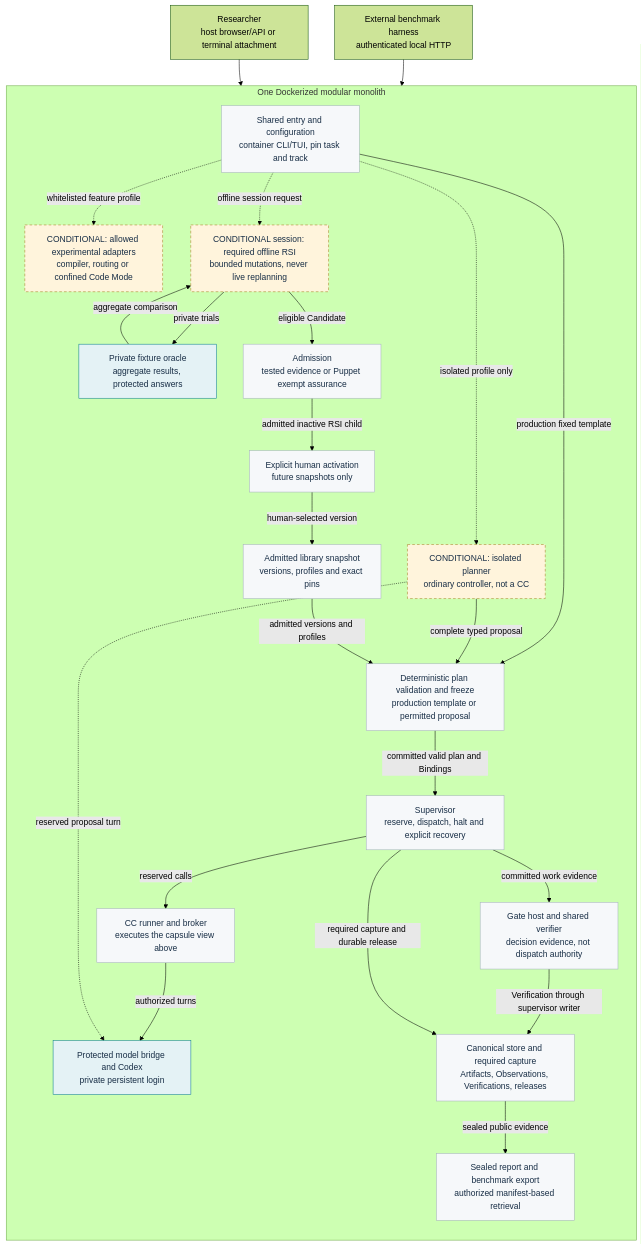
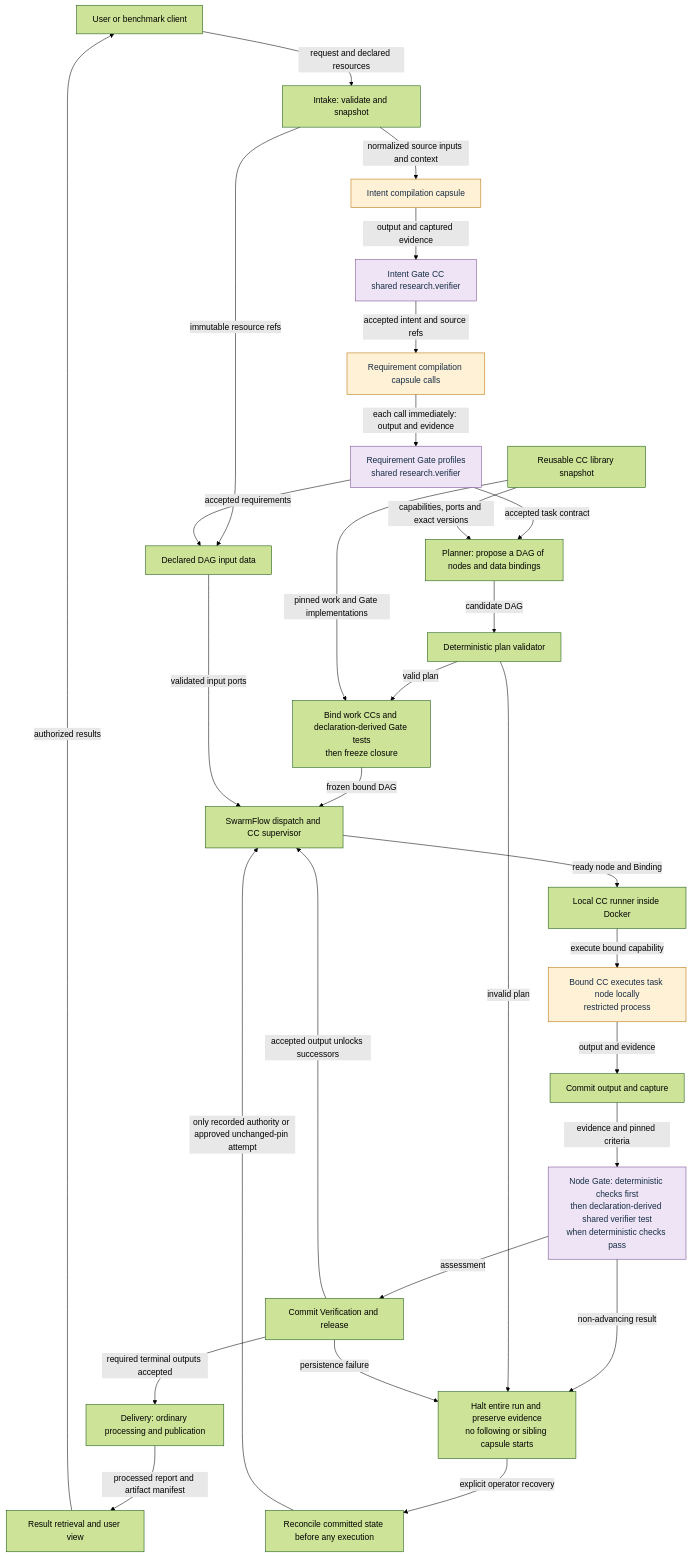
Before and after one commit to Stellven/jiuwenswarm: the first of 2 diagrams in docs/architecture/system/overall-draft.md, drawn with Mermaid (forest theme). The commit also changed other lines of this file and 38 other files, not shown here.

Commit message:
Reconcile M1 information flow and Markdown around fixed preparation and planned DAG

````diff
--- a/docs/architecture/system/overall-draft.md
+++ b/docs/architecture/system/overall-draft.md
@@ -80,50 +20,35 @@
 ```mermaid
 flowchart TB
-    USER["Researcher<br/>host browser/API or terminal attachment"]
-    HAR["External benchmark harness<br/>authenticated local HTTP"]
-    subgraph APP["One Dockerized modular monolith"]
-        direction TB
-        ENTRY["Shared entry and configuration<br/>container CLI/TUI, pin task and track"]
-        PLAN["CONDITIONAL: isolated planner<br/>ordinary controller, not a CC"]
-        EXP["CONDITIONAL: allowed experimental adapters<br/>compiler, routing or confined Code Mode"]
-        VALID["Deterministic plan validation and freeze<br/>production template or permitted proposal"]
-        SUP["Supervisor<br/>reserve, dispatch, halt and explicit recovery"]
-        RUN["CC runner and broker<br/>executes the capsule view above"]
-        LIB["Admitted library snapshot<br/>versions, profiles and exact pins"]
-        MODEL["Protected model bridge and Codex<br/>private persistent login"]
-        GATE["Gate host and shared verifier<br/>decision evidence, not dispatch authority"]
-        STORE["Canonical store and required capture<br/>Artifacts, Observations, Verifications, releases"]
-        RSI["CONDITIONAL session: required offline RSI<br/>bounded mutations, never live replanning"]
-        ORACLE["Private fixture oracle<br/>aggregate results, protected answers"]
-        ADMIT["Admission<br/>tested evidence or Puppet exempt assurance"]
-        ACT["Explicit human activation<br/>future snapshots only"]
-        OUT["Sealed report and benchmark export<br/>authorized manifest-based retrieval"]
-        ENTRY -.->|"isolated profile only"| PLAN
-        ENTRY -.->|"whitelisted feature profile"| EXP
-        ENTRY -->|"production fixed template"| VALID
-        PLAN -->|"complete typed proposal"| VALID
-        LIB -->|"admitted versions and profiles"| VALID
-        VALID -->|"committed valid plan and Bindings"| SUP
-        SUP -->|"reserved calls"| RUN
-        RUN -->|"authorized turns"| MODEL
-        PLAN -.->|"reserved proposal turn"| MODEL
-        SUP -->|"committed work evidence"| GATE
-        GATE -->|"Verification through supervisor writer"| STORE
-        SUP -->|"required capture and durable release"| STORE
-        STORE -->|"sealed public evidence"| OUT
-        ENTRY -.->|"offline session request"| RSI
-        RSI -->|"private trials"| ORACLE
-        ORACLE -->|"aggregate comparison"| RSI
-        RSI -->|"eligible Candidate"| ADMIT
-        ADMIT -->|"admitted inactive RSI child"| ACT
-        ACT -->|"human-selected version"| LIB
-    end
-    USER --> ENTRY
-    HAR --> ENTRY
-    classDef ordinary fill:#F6F8FA,stroke:#A5B2BE,color:#172D45;
-    classDef conditional fill:#FFF4DC,stroke:#A87B24,stroke-dasharray:5 4,color:#172D45;
-    classDef protected fill:#E4F2F5,stroke:#087E8B,color:#172D45;
-    class ENTRY,VALID,SUP,RUN,LIB,GATE,STORE,ADMIT,ACT,OUT ordinary;
-    class PLAN,EXP,RSI conditional;
-    class MODEL,ORACLE protected;
+  USER["User or benchmark client"] -->|"request and declared resources"| IN["Intake: validate and snapshot"]
+  IN -->|"normalized source inputs and context"| IC1["Intent compilation capsule"]
+  IC1 -->|"output and captured evidence"| IG1["Intent Gate CC<br/>shared research.verifier"]
+  IG1 -->|"accepted intent and source refs"| RC["Requirement compilation capsule calls"]
+  RC -->|"each call immediately: output and evidence"| RG["Requirement Gate profiles<br/>shared research.verifier"]
+  RG -->|"accepted task contract"| PLAN["Planner: propose a DAG of nodes and data bindings"]
+  LIB["Reusable CC library snapshot"] -->|"capabilities, ports and exact versions"| PLAN
+  PLAN -->|"candidate DAG"| VAL["Deterministic plan validator"]
+  VAL -->|"valid plan"| BIND["Bind work CCs and declaration-derived Gate tests<br/>then freeze closure"]
+  LIB -->|"pinned work and Gate implementations"| BIND
+  BIND -->|"frozen bound DAG"| DIS["SwarmFlow dispatch and CC supervisor"]
+  IN -->|"immutable resource refs"| DATA["Declared DAG input data"]
+  RG -->|"accepted requirements"| DATA
+  DATA -->|"validated input ports"| DIS
+  DIS -->|"ready node and Binding"| RUN["Local CC runner inside Docker"]
+  RUN -->|"execute bound capability"| CC["Bound CC executes task node locally<br/>restricted process"]
+  CC -->|"output and evidence"| SAVE["Commit output and capture"]
+  SAVE -->|"evidence and pinned criteria"| GATE["Node Gate: deterministic checks first<br/>then declaration-derived shared verifier test<br/>when deterministic checks pass"]
+  GATE -->|"assessment"| COMMIT["Commit Verification and release"]
+  COMMIT -->|"accepted output unlocks successors"| DIS
+  COMMIT -->|"required terminal outputs accepted"| PUB["Delivery: ordinary processing and publication"]
+  PUB -->|"processed report and artifact manifest"| VIEW["Result retrieval and user view"]
+  VIEW -->|"authorized results"| USER
+  GATE -->|"non-advancing result"| HALT["Halt entire run and preserve evidence<br/>no following or sibling capsule starts"]
+  VAL -->|"invalid plan"| HALT
+  COMMIT -->|"persistence failure"| HALT
+  HALT -->|"explicit operator recovery"| REC["Reconcile committed state before any execution"]
+  REC -->|"only recorded authority or approved unchanged-pin attempt"| DIS
+  classDef cc fill:#FFF1D6,stroke:#B86E00,color:#172D45;
+  classDef gate fill:#EEE4F6,stroke:#754A91,color:#172D45;
+  class IC1,RC,CC cc;
+  class IG1,RG,GATE gate;
 ```
````
